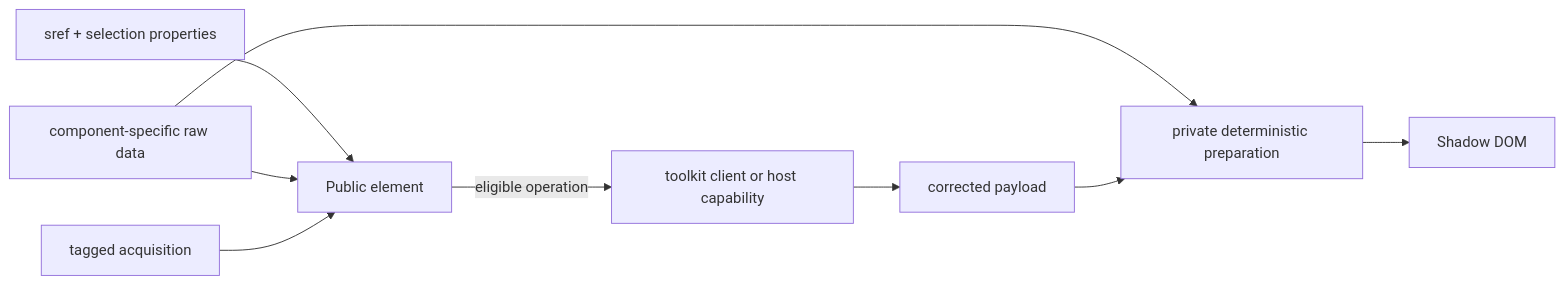
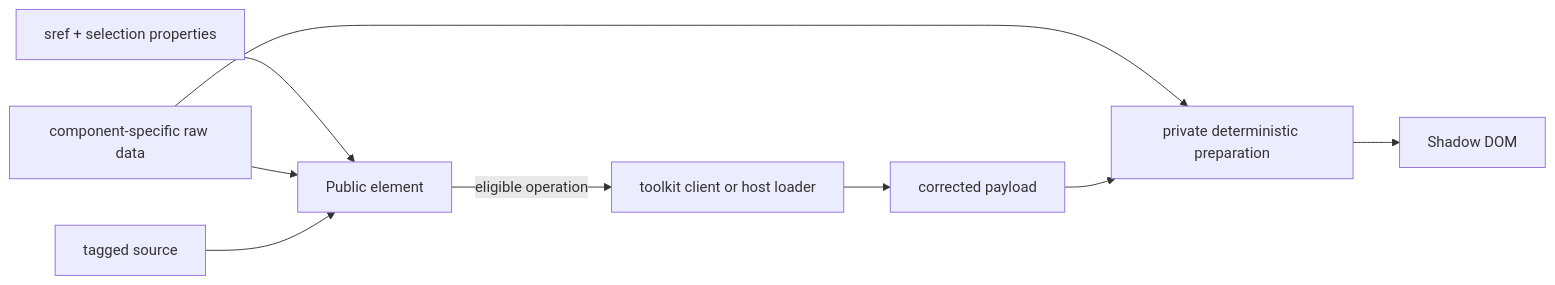
The diagram in docs/specs/components.md (Arithmomaniac/sefaria-frontend-toolkit), drawn with Mermaid before and after one commit. The commit also changed other lines of this file and 121 other files, not shown here.

First line of the commit message:
Rename the web-components acquisition API to data source (#49)

````diff
--- a/docs/specs/components.md
+++ b/docs/specs/components.md
@@ -15,11 +15,11 @@
 ```mermaid
 flowchart LR
     SREF["sref + selection properties"] --> ELEMENT["Public element"]
     DATA["component-specific raw data"] --> ELEMENT
-    SOURCE["tagged acquisition"] --> ELEMENT
-    ELEMENT -->|"eligible operation"| TRANSPORT["toolkit client or host capability"]
+    SOURCE["tagged source"] --> ELEMENT
+    ELEMENT -->|"eligible operation"| TRANSPORT["toolkit client or host loader"]
     TRANSPORT --> PAYLOAD["corrected payload"]
     DATA --> PREP["private deterministic preparation"]
     PAYLOAD --> PREP
     PREP --> DOM["Shadow DOM"]
 ```
````
